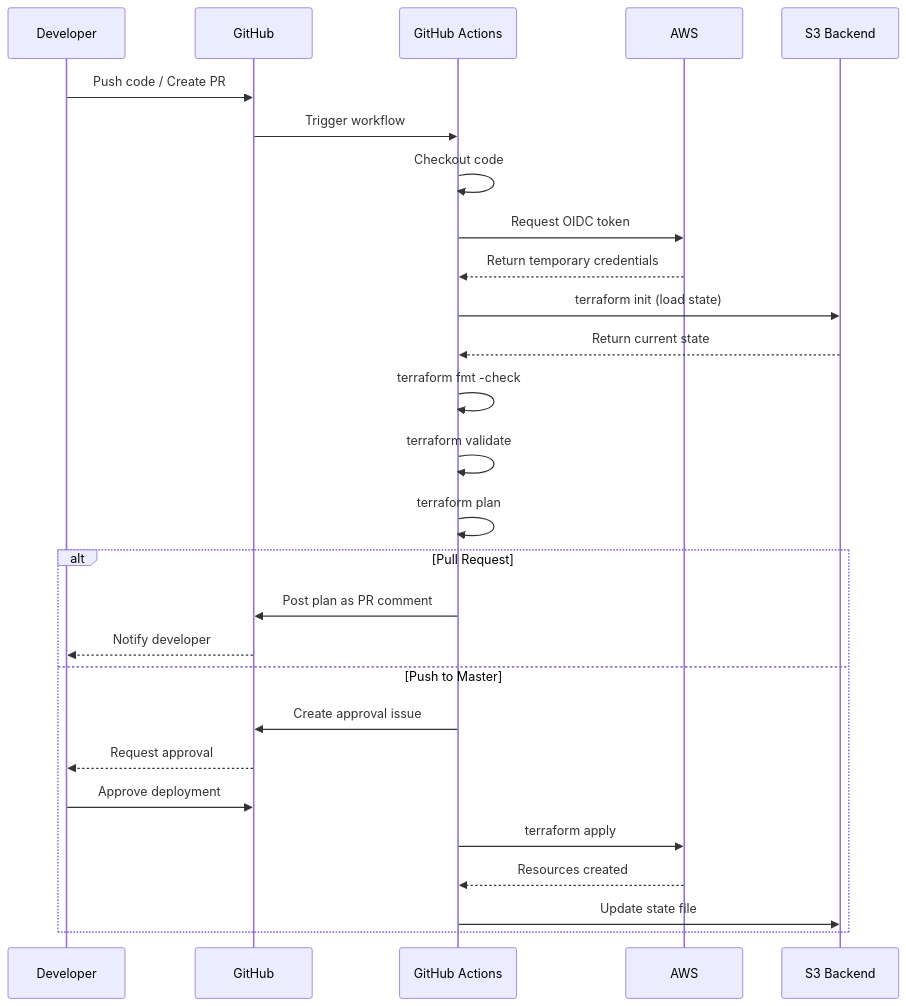
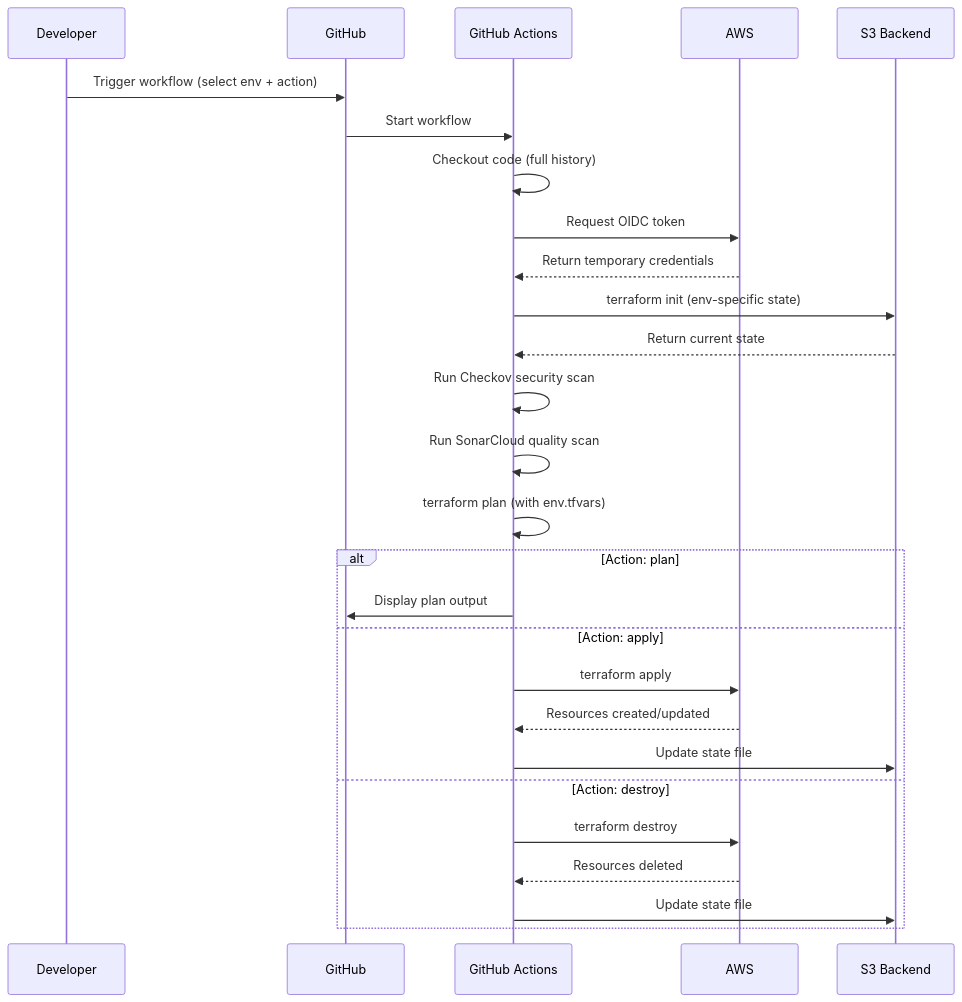
Before and after one commit to vegatros/repo1: the third of 13 diagrams in DIAGRAMS.md, drawn with Mermaid. The commit also changed other lines of this file, not shown here.

Commit message:
Update DIAGRAMS.md to reflect latest workflow changes

````diff
--- a/DIAGRAMS.md
+++ b/DIAGRAMS.md
@@ -98,34 +90,34 @@
 ```mermaid
 sequenceDiagram
     participant Dev as Developer
     participant GH as GitHub
     participant GHA as GitHub Actions
     participant AWS as AWS
     participant S3 as S3 Backend
     
-    Dev->>GH: Push code / Create PR
-    GH->>GHA: Trigger workflow
+    Dev->>GH: Trigger workflow (select env + action)
+    GH->>GHA: Start workflow
     
-    GHA->>GHA: Checkout code
+    GHA->>GHA: Checkout code (full history)
     GHA->>AWS: Request OIDC token
     AWS-->>GHA: Return temporary credentials
     
-    GHA->>S3: terraform init (load state)
+    GHA->>S3: terraform init (env-specific state)
     S3-->>GHA: Return current state
     
-    GHA->>GHA: terraform fmt -check
-    GHA->>GHA: terraform validate
-    GHA->>GHA: terraform plan
+    GHA->>GHA: Run Checkov security scan
+    GHA->>GHA: Run SonarCloud quality scan
+    GHA->>GHA: terraform plan (with env.tfvars)
     
-    alt Pull Request
-        GHA->>GH: Post plan as PR comment
-        GH-->>Dev: Notify developer
-    else Push to Master
-        GHA->>GH: Create approval issue
-        GH-->>Dev: Request approval
-        Dev->>GH: Approve deployment
+    alt Action: plan
+        GHA->>GH: Display plan output
+    else Action: apply
         GHA->>AWS: terraform apply
-        AWS-->>GHA: Resources created
+        AWS-->>GHA: Resources created/updated
+        GHA->>S3: Update state file
+    else Action: destroy
+        GHA->>AWS: terraform destroy
+        AWS-->>GHA: Resources deleted
         GHA->>S3: Update state file
     end
 ```
````
